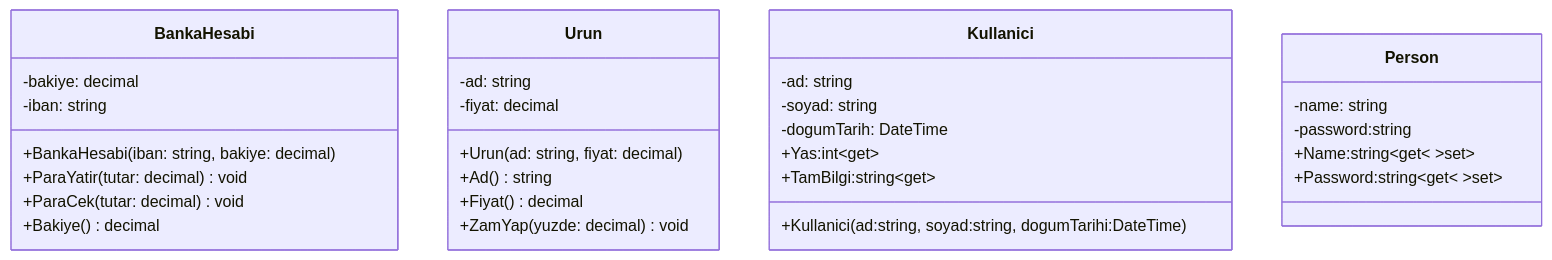
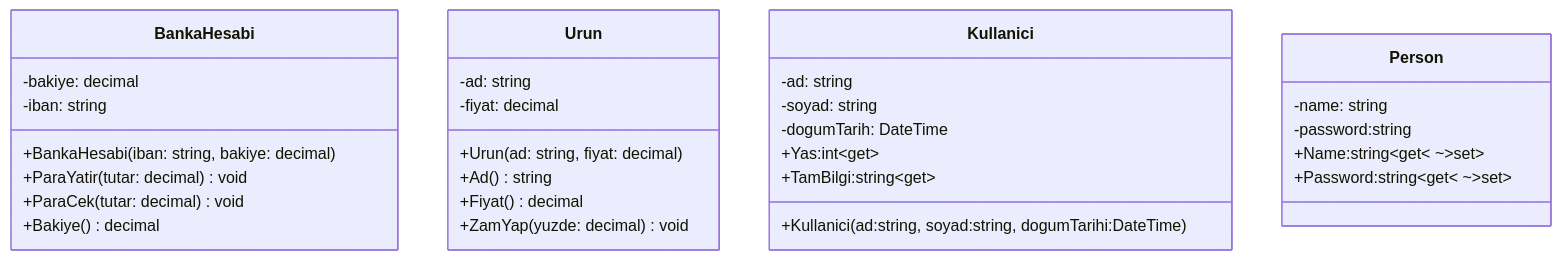
Before and after one commit to ibrahimayaz/Nesne-Yonelimli-Programlama-2025: the diagram in Hafta03/README.md, drawn with Mermaid.

Commit message:
Hafta03 Güncellendi

````diff
--- a/Hafta03/README.md
+++ b/Hafta03/README.md
@@ -10,38 +10,38 @@
 ```mermaid
 classDiagram
     class BankaHesabi {
       -bakiye: decimal
       -iban: string
       +BankaHesabi(iban: string, bakiye: decimal)
       +ParaYatir(tutar: decimal) void
       +ParaCek(tutar: decimal) void
       +Bakiye() decimal
     }
 
     class Urun {
       -ad: string
       -fiyat: decimal
       +Urun(ad: string, fiyat: decimal)
       +Ad() string
       +Fiyat() decimal
       +ZamYap(yuzde: decimal) void
     }
 
     class Kullanici {
       -ad: string
       -soyad: string
       -dogumTarih: DateTime
       +Yas:int~get~
       +TamBilgi:string~get~
       +Kullanici(ad:string, soyad:string, dogumTarihi:DateTime)
     }
  
 
     class Person {
       -name: string
       -password:string
-      +Name:string~get~ ~set~
-      +Password:string~get~ ~set~
+      +Name:string~get~ ~~set~
+      +Password:string~get~ ~~set~
     }
     
 ```
````
